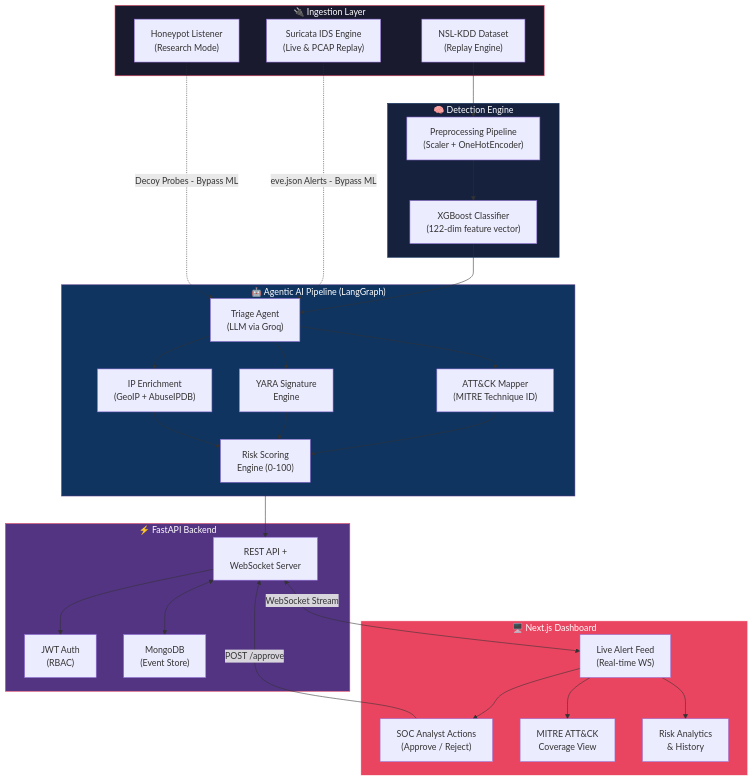
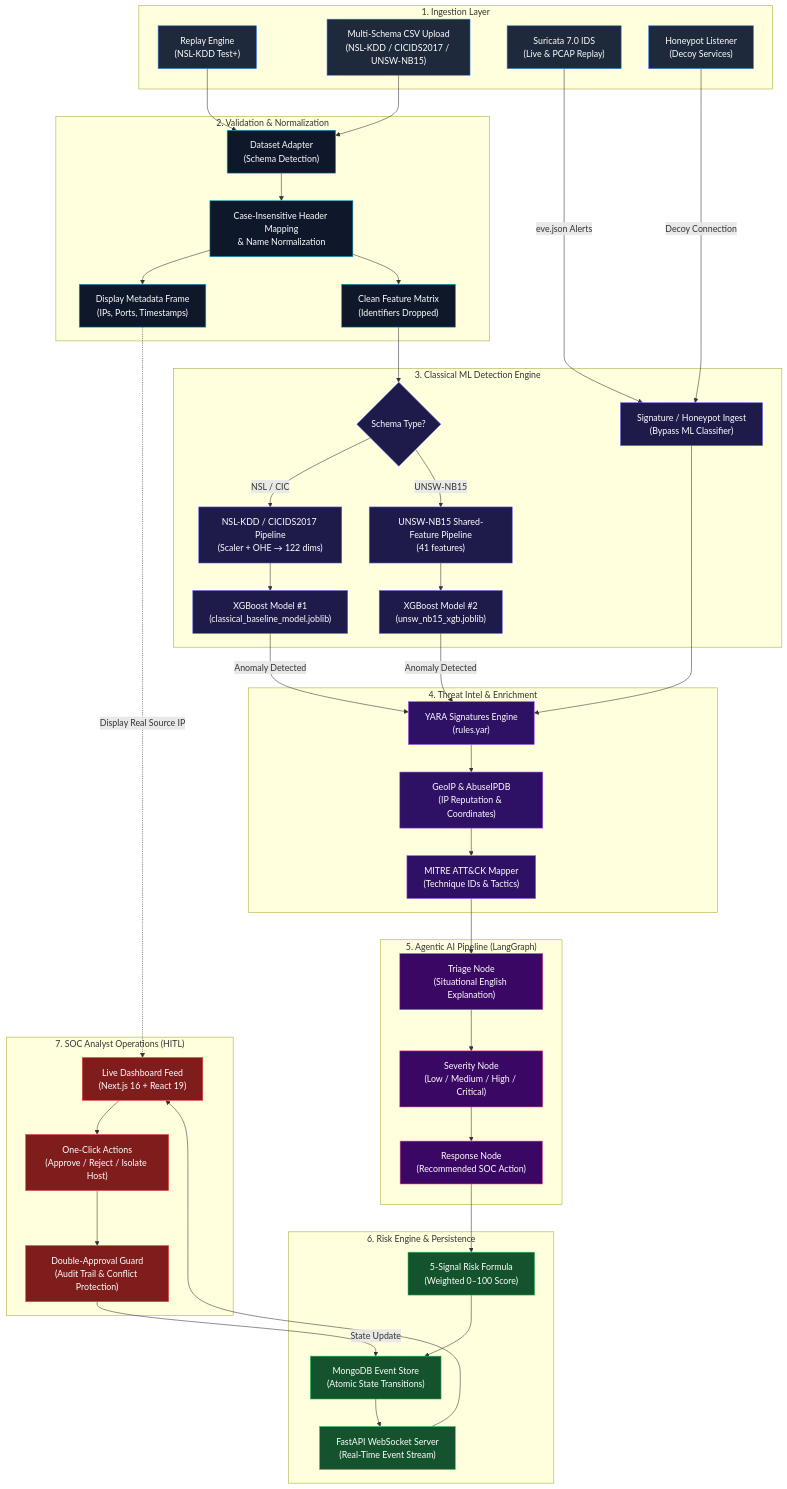
Before and after one commit to Yateesh0313/-SentinelAI-An-Agentic-AI-Based-Alert-Triage-and-Response-Assistant-for-Network-Security: the diagram in README.md, drawn with Mermaid. The commit also changed other lines of this file, not shown here.

Commit message:
docs: add comprehensive README with complete end-to-end system workflow, architecture diagrams, and usage guide

````diff
--- a/README.md
+++ b/README.md
@@ -37,60 +38,96 @@
 ```mermaid
-flowchart TB
-    subgraph Ingestion["🔌 Ingestion Layer"]
-        A["NSL-KDD Dataset<br/>(Replay Engine)"]
-        B["Suricata IDS Engine<br/>(Live & PCAP Replay)"]
-        C["Honeypot Listener<br/>(Research Mode)"]
+flowchart TD
+    %% INGESTION
+    subgraph S1["1. Ingestion Layer"]
+        A1["Replay Engine<br/>(NSL-KDD Test+)"]
+        A2["Multi-Schema CSV Upload<br/>(NSL-KDD / CICIDS2017 / UNSW-NB15)"]
+        A3["Suricata 7.0 IDS<br/>(Live & PCAP Replay)"]
+        A4["Honeypot Listener<br/>(Decoy Services)"]
     end
 
-    subgraph Detection["🧠 Detection Engine"]
-        D["XGBoost Classifier<br/>(122-dim feature vector)"]
-        E["Preprocessing Pipeline<br/>(Scaler + OneHotEncoder)"]
+    %% ADAPTER & NORMALIZATION
+    subgraph S2["2. Validation & Normalization"]
+        B1["Dataset Adapter<br/>(Schema Detection)"]
+        B2["Case-Insensitive Header Mapping<br/>& Name Normalization"]
+        B3["Display Metadata Frame<br/>(IPs, Ports, Timestamps)"]
+        B4["Clean Feature Matrix<br/>(Identifiers Dropped)"]
     end
 
-    subgraph AgenticPipeline["🤖 Agentic AI Pipeline (LangGraph)"]
-        F["Triage Agent<br/>(LLM via Groq)"]
-        G["ATT&CK Mapper<br/>(MITRE Technique ID)"]
-        H["YARA Signature<br/>Engine"]
-        I["IP Enrichment<br/>(GeoIP + AbuseIPDB)"]
-        J["Risk Scoring<br/>Engine (0-100)"]
+    %% ML INFERENCE
+    subgraph S3["3. Classical ML Detection Engine"]
+        C1{"Schema Type?"}
+        C2["NSL-KDD / CICIDS2017 Pipeline<br/>(Scaler + OHE → 122 dims)"]
+        C3["XGBoost Model #1<br/>(classical_baseline_model.joblib)"]
+        C4["UNSW-NB15 Shared-Feature Pipeline<br/>(41 features)"]
+        C5["XGBoost Model #2<br/>(unsw_nb15_xgb.joblib)"]
+        C6["Signature / Honeypot Ingest<br/>(Bypass ML Classifier)"]
     end
 
-    subgraph Backend["⚡ FastAPI Backend"]
-        K["REST API +<br/>WebSocket Server"]
-        L["JWT Auth<br/>(RBAC)"]
-        M["MongoDB<br/>(Event Store)"]
+    %% ENRICHMENT
+    subgraph S4["4. Threat Intel & Enrichment"]
+        D1["YARA Signatures Engine<br/>(rules.yar)"]
+        D2["GeoIP & AbuseIPDB<br/>(IP Reputation & Coordinates)"]
+        D3["MITRE ATT&CK Mapper<br/>(Technique IDs & Tactics)"]
     end
 
-    subgraph Frontend["🖥️ Next.js Dashboard"]
-        N["Live Alert Feed<br/>(Real-time WS)"]
-        O["SOC Analyst Actions<br/>(Approve / Reject)"]
-        P["MITRE ATT&CK<br/>Coverage View"]
-        Q["Risk Analytics<br/>& History"]
+    %% AGENTIC AI
+    subgraph S5["5. Agentic AI Pipeline (LangGraph)"]
+        E1["Triage Node<br/>(Situational English Explanation)"]
+        E2["Severity Node<br/>(Low / Medium / High / Critical)"]
+        E3["Response Node<br/>(Recommended SOC Action)"]
     end
 
-    A --> E
-    E --> D
-    D --> F
-    B -.->|"eve.json Alerts - Bypass ML"| F
-    C -.->|"Decoy Probes - Bypass ML"| F
-    F --> G
-    F --> H
-    F --> I
-    G --> J
-    H --> J
-    I --> J
-    J --> K
-    K <--> M
-    K --> L
-    K <-->|"WebSocket Stream"| N
-    N --> O
-    N --> P
-    N --> Q
-    O -->|"POST /approve"| K
+    %% RISK & STORAGE
+    subgraph S6["6. Risk Engine & Persistence"]
+        F1["5-Signal Risk Formula<br/>(Weighted 0–100 Score)"]
+        F2["MongoDB Event Store<br/>(Atomic State Transitions)"]
+        F3["FastAPI WebSocket Server<br/>(Real-Time Event Stream)"]
+    end
 
-    style Ingestion fill:#1a1a2e,stroke:#e94560,color:#fff
-    style Detection fill:#16213e,stroke:#0f3460,color:#fff
-    style AgenticPipeline fill:#0f3460,stroke:#533483,color:#fff
-    style Backend fill:#533483,stroke:#e94560,color:#fff
-    style Frontend fill:#e94560,stroke:#fff,color:#fff
+    %% DASHBOARD & HITL
+    subgraph S7["7. SOC Analyst Operations (HITL)"]
+        G1["Live Dashboard Feed<br/>(Next.js 16 + React 19)"]
+        G2["One-Click Actions<br/>(Approve / Reject / Isolate Host)"]
+        G3["Double-Approval Guard<br/>(Audit Trail & Conflict Protection)"]
+    end
+
+    %% Connections
+    A1 --> B1
+    A2 --> B1
+    A3 -->|"eve.json Alerts"| C6
+    A4 -->|"Decoy Connection"| C6
+
+    B1 --> B2
+    B2 --> B3
+    B2 --> B4
+
+    B4 --> C1
+    C1 -->|"NSL / CIC"| C2 --> C3
+    C1 -->|"UNSW-NB15"| C4 --> C5
+
+    C3 -->|"Anomaly Detected"| D1
+    C5 -->|"Anomaly Detected"| D1
+    C6 --> D1
+
+    D1 --> D2 --> D3 --> E1
+    E1 --> E2 --> E3 --> F1
+    F1 --> F2 --> F3 --> G1
+    B3 -.->|"Display Real Source IP"| G1
+    G1 --> G2 --> G3 -->|"State Update"| F2
+
+    classDef ing fill:#1e293b,stroke:#3b82f6,color:#fff;
+    classDef adp fill:#0f172a,stroke:#06b6d4,color:#fff;
+    classDef ml fill:#1e1b4b,stroke:#6366f1,color:#fff;
+    classDef ti fill:#2e1065,stroke:#a855f7,color:#fff;
+    classDef ai fill:#3b0764,stroke:#ec4899,color:#fff;
+    classDef rsk fill:#14532d,stroke:#22c55e,color:#fff;
+    classDef soc fill:#7f1d1d,stroke:#ef4444,color:#fff;
+
+    class A1,A2,A3,A4 ing;
+    class B1,B2,B3,B4 adp;
+    class C1,C2,C3,C4,C5,C6 ml;
+    class D1,D2,D3 ti;
+    class E1,E2,E3 ai;
+    class F1,F2,F3 rsk;
+    class G1,G2,G3 soc;
 ```
````
